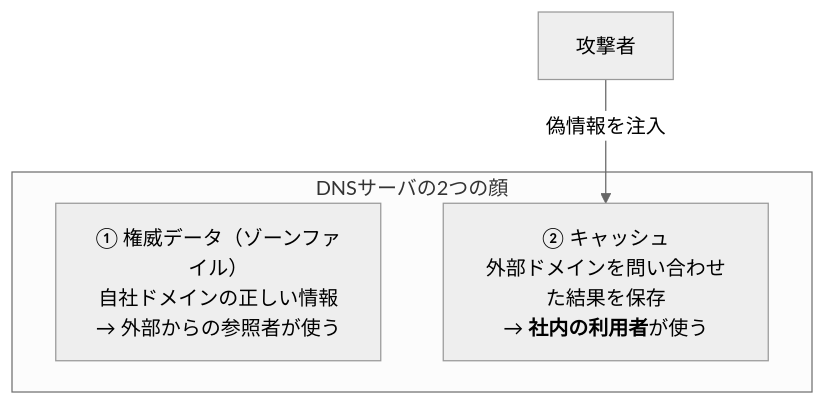
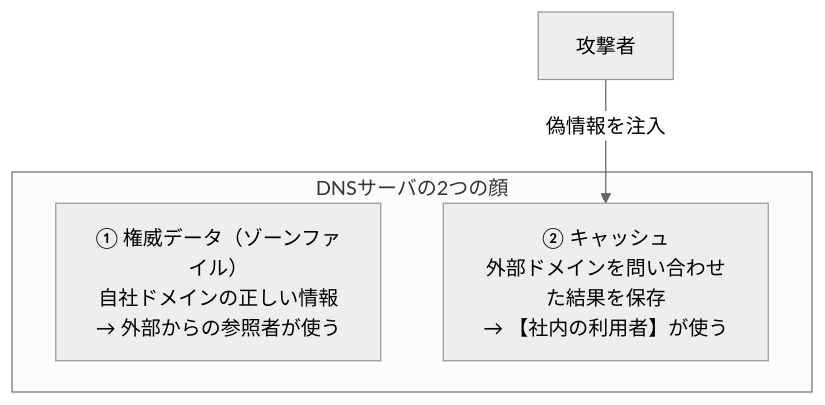
Before and after one commit to yoppi0650-ai/network-notes: the sixth of 6 diagrams in AM/11-security/11-1-情報セキュリティ.md, drawn with Mermaid (neutral theme). The commit also changed other lines of this file and 6 other files, not shown here.

First line of the commit message:
Mermaid図55点をGitHubで正しく描画されるよう修正

````diff
--- a/AM/11-security/11-1-情報セキュリティ.md
+++ b/AM/11-security/11-1-情報セキュリティ.md
@@ -491,8 +491,8 @@
 ```mermaid
 graph TB
-  subgraph DNSサーバの2つの顔
+  subgraph DNSSRV["DNSサーバの2つの顔"]
     Z["① 権威データ（ゾーンファイル）<br/>自社ドメインの正しい情報<br/>→ 外部からの参照者が使う"]
-    C["② キャッシュ<br/>外部ドメインを問い合わせた結果を保存<br/>→ <b>社内の利用者</b>が使う"]
+    C["② キャッシュ<br/>外部ドメインを問い合わせた結果を保存<br/>→ 【社内の利用者】が使う"]
   end
   A["攻撃者"] -->|偽情報を注入| C
 ```
````
